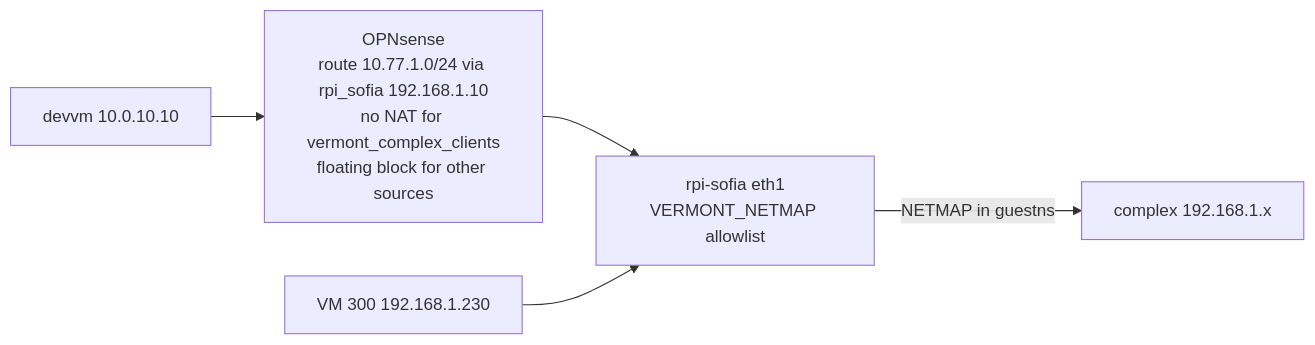
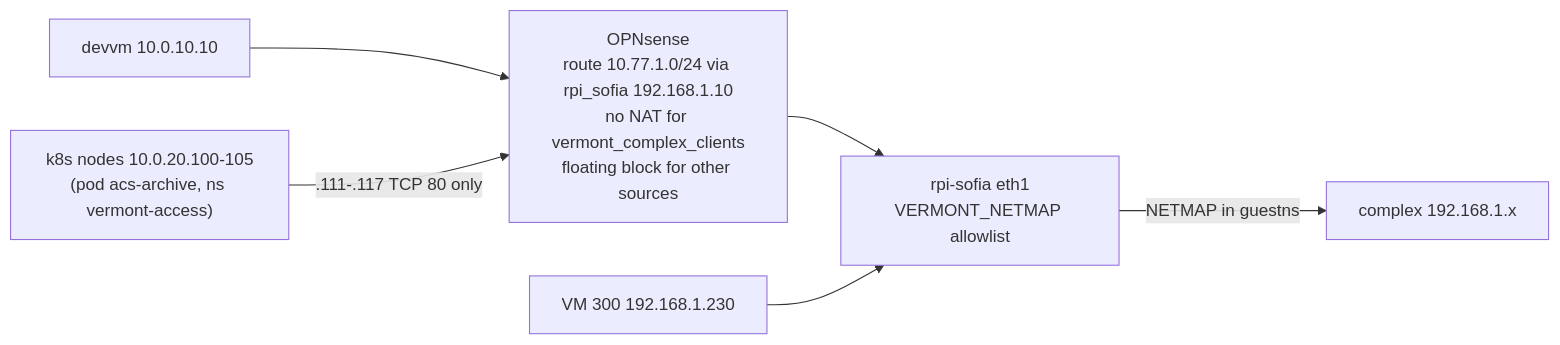
Before and after one commit to ViktorBarzin/infra: the second of 5 diagrams in docs/architecture/networking.md, drawn with Mermaid. The commit also changed other lines of this file and 15 other files, not shown here.

````diff
--- a/docs/architecture/networking.md
+++ b/docs/architecture/networking.md
@@ -158,7 +158,8 @@
 ```mermaid
 flowchart LR
   DV["devvm 10.0.10.10"] --> PF["OPNsense<br/>route 10.77.1.0/24 via rpi_sofia 192.168.1.10<br/>no NAT for vermont_complex_clients<br/>floating block for other sources"]
+  K8["k8s nodes 10.0.20.100-105<br/>(pod acs-archive, ns vermont-access)"] -->|".111-.117 TCP 80 only"| PF
   PF --> PI["rpi-sofia eth1<br/>VERMONT_NETMAP allowlist"]
   VM["VM 300 192.168.1.230"] --> PI
   PI -->|"NETMAP in guestns"| C["complex 192.168.1.x"]
 ```
````
